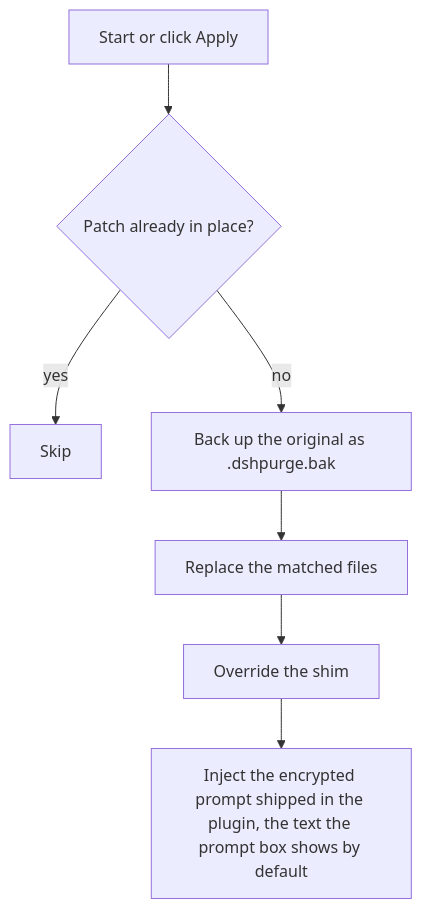
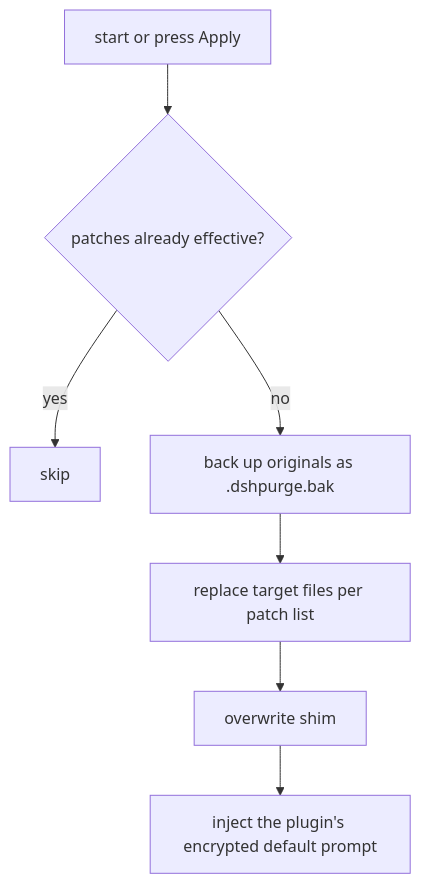
One commit to P4rfa1t/dsh-purge-fork changed the first of 2 diagrams in README.en.md. Above: the diagram before and after it, drawn with Mermaid. The commit also changed other lines of this file and 14 other files, not shown here.

````diff
--- a/README.en.md
+++ b/README.en.md
@@ -495,9 +234,9 @@
 ```mermaid
 flowchart TD
-  A["Start or click Apply"] --> B{"Patch already in place?"}
-  B -->|yes| C["Skip"]
-  B -->|no| D["Back up the original as .dshpurge.bak"]
-  D --> E["Replace the matched files"]
-  E --> F["Override the shim"]
-  F --> G["Inject the encrypted prompt shipped in the plugin, the text the prompt box shows by default"]
+  A["start or press Apply"] --> B{"patches already effective?"}
+  B -->|yes| C["skip"]
+  B -->|no| D["back up originals as .dshpurge.bak"]
+  D --> E["replace target files per patch list"]
+  E --> F["overwrite shim"]
+  F --> G["inject the plugin's encrypted default prompt"]
 ```
````
